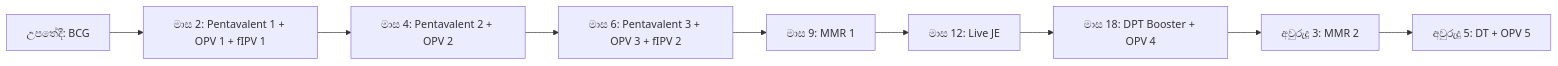
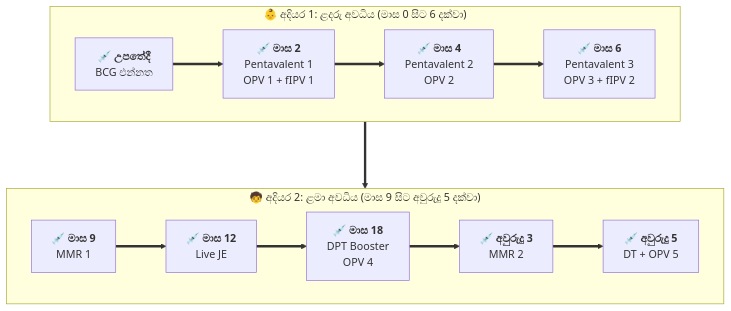
One commit to ShameenRoopasingha/Daruneli changed the third of 4 diagrams in docs/manuals/2026-11-24-daruneli-system-user-manual.md. Above: the diagram before and after it, drawn with Mermaid. The commit also changed other lines of this file and 3 other files, not shown here.

Commit message:
style(manual): maximize diagram readability, font size, and wide layout across user manual

````diff
--- a/docs/manuals/2026-11-24-daruneli-system-user-manual.md
+++ b/docs/manuals/2026-11-24-daruneli-system-user-manual.md
@@ -171,11 +181,19 @@
 ```mermaid
-flowchart LR
-    Birth["උපතේදී: BCG"] --> M2["මාස 2: Pentavalent 1 + OPV 1 + fIPV 1"]
-    M2 --> M4["මාස 4: Pentavalent 2 + OPV 2"]
-    M4 --> M6["මාස 6: Pentavalent 3 + OPV 3 + fIPV 2"]
-    M6 --> M9["මාස 9: MMR 1"]
-    M9 --> M12["මාස 12: Live JE"]
-    M12 --> M18["මාස 18: DPT Booster + OPV 4"]
-    M18 --> Y3["අවුරුදු 3: MMR 2"]
-    Y3 --> Y5["අවුරුදු 5: DT + OPV 5"]
+flowchart TB
+    subgraph Stage1 ["👶 අදියර 1: ළදරු අවධිය (මාස 0 සිට 6 දක්වා)"]
+        direction LR
+        Birth["💉 <b>උපතේදී</b><br/>BCG එන්නත"] ==> M2["💉 <b>මාස 2</b><br/>Pentavalent 1<br/>OPV 1 + fIPV 1"]
+        M2 ==> M4["💉 <b>මාස 4</b><br/>Pentavalent 2<br/>OPV 2"]
+        M4 ==> M6["💉 <b>මාස 6</b><br/>Pentavalent 3<br/>OPV 3 + fIPV 2"]
+    end
+
+    subgraph Stage2 ["🧒 අදියර 2: ළමා අවධිය (මාස 9 සිට අවුරුදු 5 දක්වා)"]
+        direction LR
+        M9["💉 <b>මාස 9</b><br/>MMR 1"] ==> M12["💉 <b>මාස 12</b><br/>Live JE"]
+        M12 ==> M18["💉 <b>මාස 18</b><br/>DPT Booster<br/>OPV 4"]
+        M18 ==> Y3["💉 <b>අවුරුදු 3</b><br/>MMR 2"]
+        Y3 ==> Y5["💉 <b>අවුරුදු 5</b><br/>DT + OPV 5"]
+    end
+
+    Stage1 ===> Stage2
 ```
````
